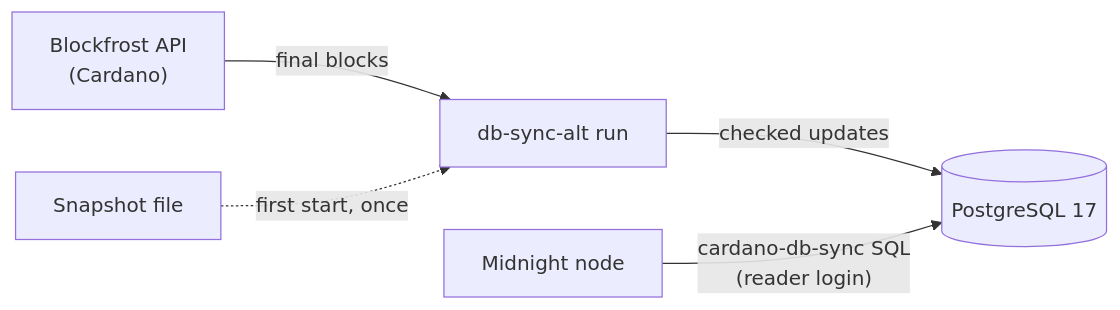
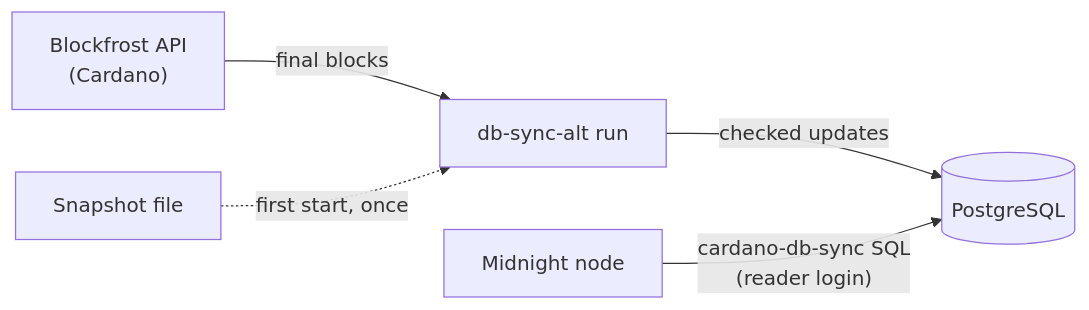
One commit to midnight-experiments/db-sync-alt changed the diagram in README.md. Above: the diagram before and after it, drawn with Mermaid. The commit also changed other lines of this file, not shown here.

````diff
--- a/README.md
+++ b/README.md
@@ -21,7 +18,7 @@
 ```mermaid
 flowchart LR
     blockfrost["Blockfrost API<br/>(Cardano)"] -- final blocks --> service
     file["Snapshot file"] -. first start, once .-> service
-    service["db-sync-alt run"] -- checked updates --> postgres[("PostgreSQL 17")]
+    service["db-sync-alt run"] -- checked updates --> postgres[("PostgreSQL")]
     node["Midnight node"] -- "cardano-db-sync SQL<br/>(reader login)" --> postgres
 ```
````
